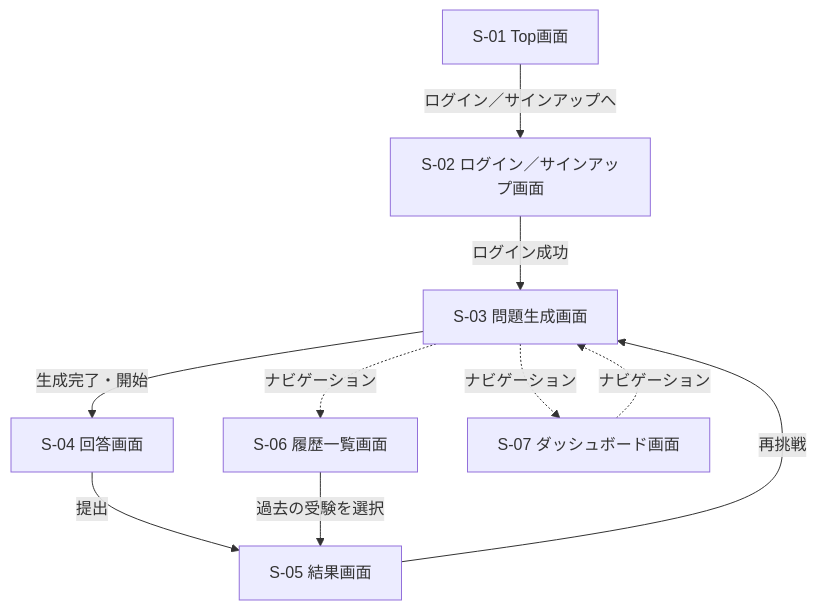
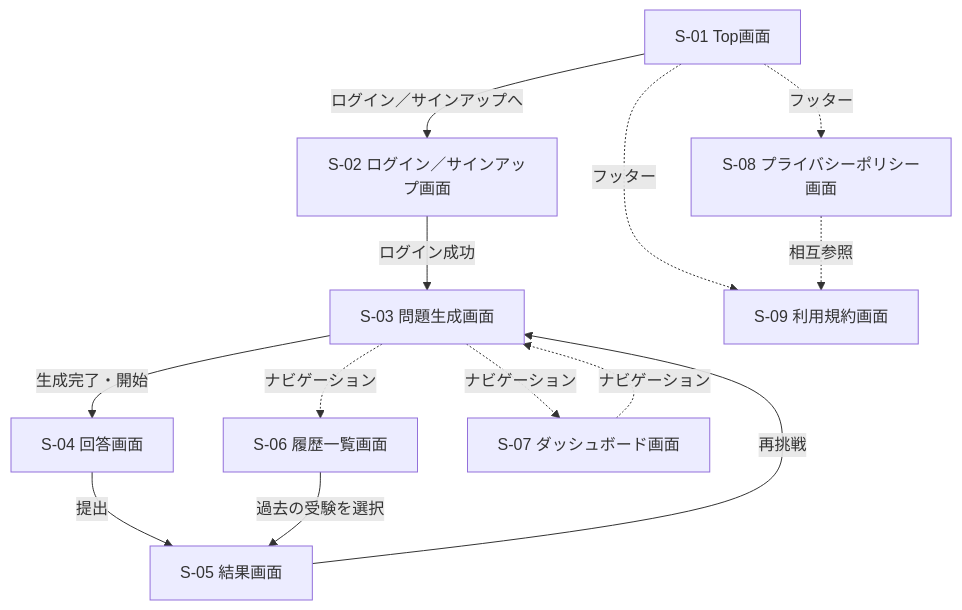
One commit to h-fujiwara-dev/ielts-creater changed the diagram in docs/画面遷移図.md. Above: the diagram before and after it, drawn with Mermaid. The commit also changed other lines of this file and 4 other files, not shown here.

````diff
--- a/docs/画面遷移図.md
+++ b/docs/画面遷移図.md
@@ -7,12 +7,15 @@
 ```mermaid
 flowchart TD
     S01[S-01 Top画面] -->|ログイン／サインアップへ| S02[S-02 ログイン／サインアップ画面]
     S02 -->|ログイン成功| S03[S-03 問題生成画面]
     S03 -->|生成完了・開始| S04[S-04 回答画面]
     S04 -->|提出| S05[S-05 結果画面]
     S05 -->|再挑戦| S03
     S03 -.ナビゲーション.-> S06[S-06 履歴一覧画面]
     S03 -.ナビゲーション.-> S07[S-07 ダッシュボード画面]
     S06 -->|過去の受験を選択| S05
     S07 -.ナビゲーション.-> S03
+    S01 -.フッター.-> S08[S-08 プライバシーポリシー画面]
+    S01 -.フッター.-> S09[S-09 利用規約画面]
+    S08 -.相互参照.-> S09
 ```
````
